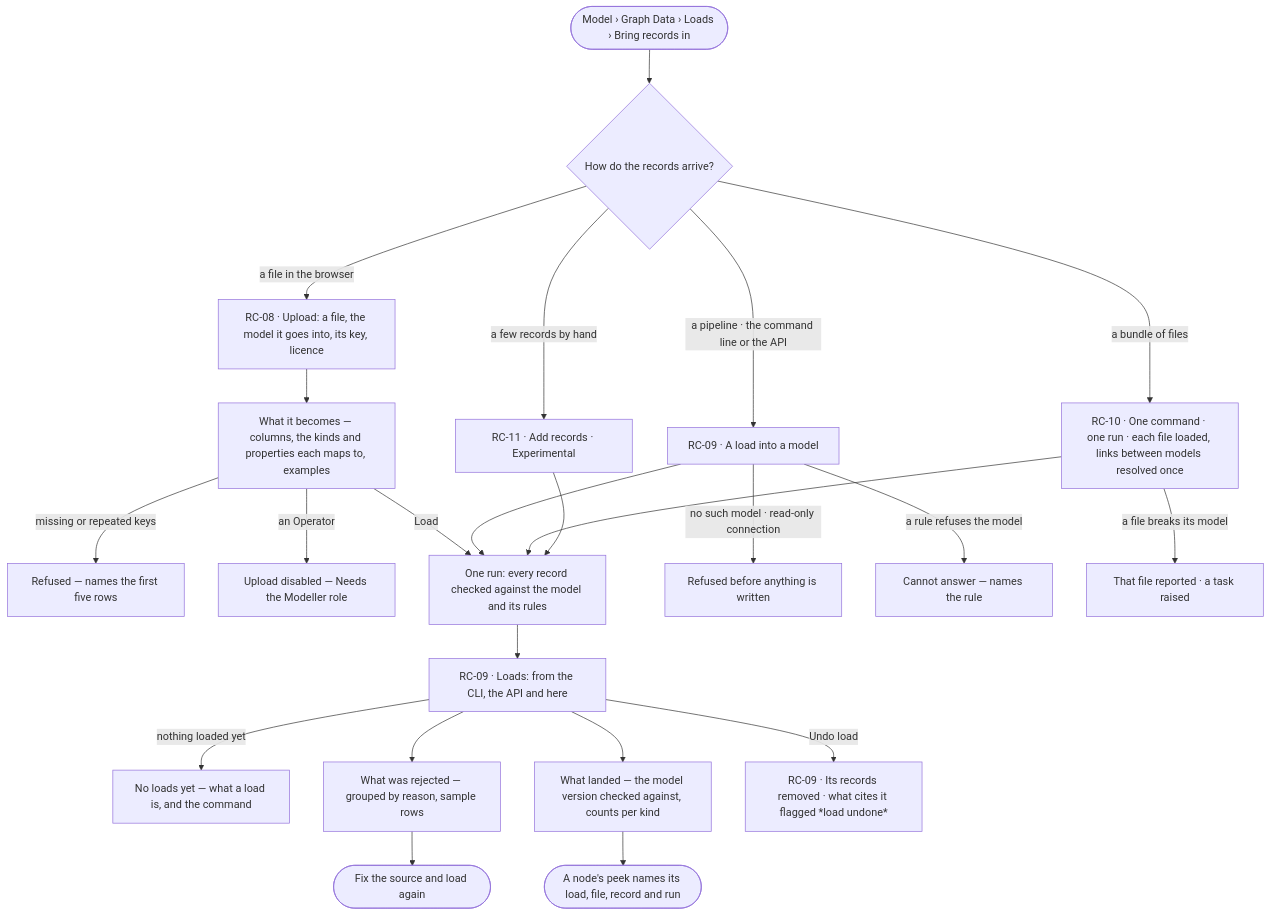
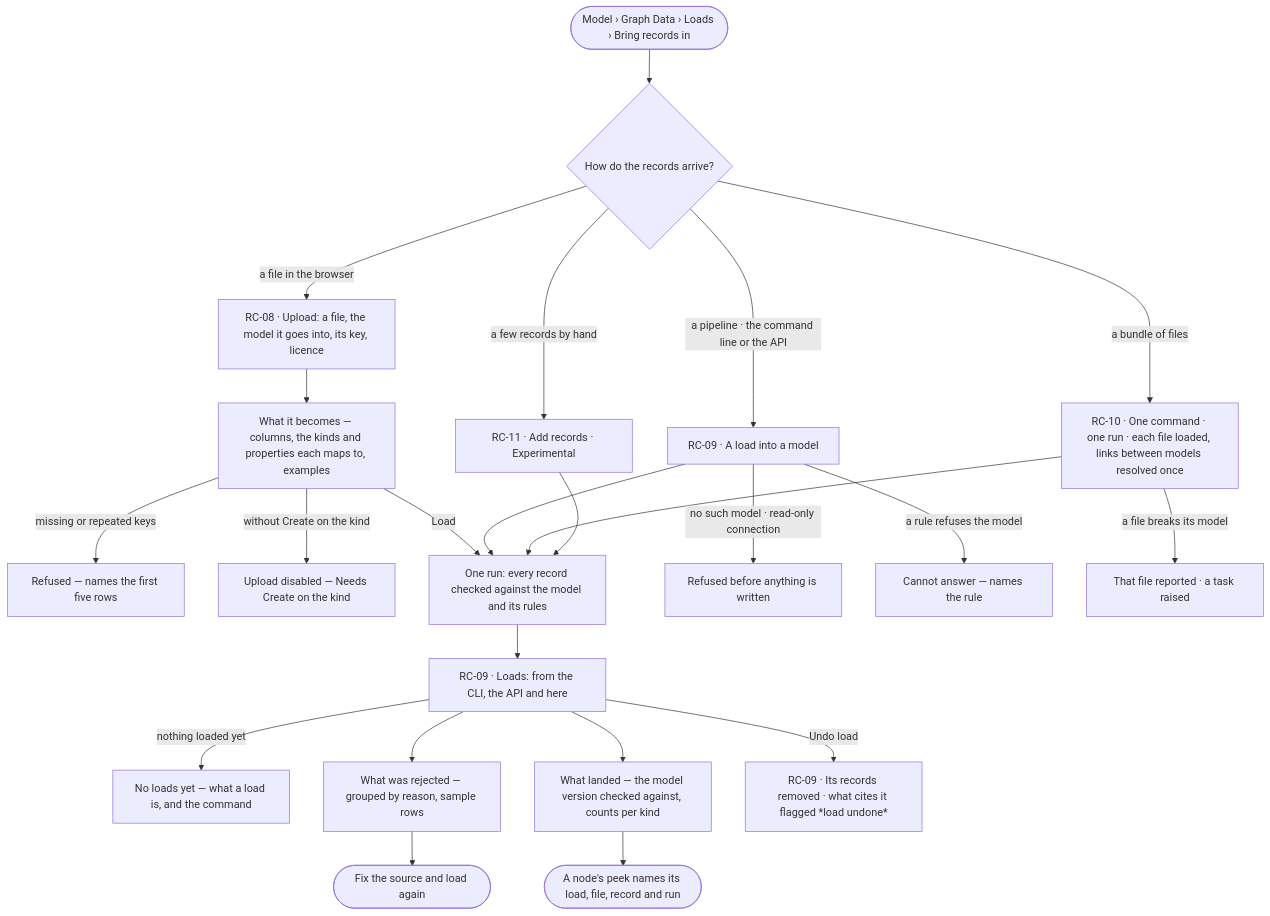
The diagram in specs/capabilities/records/features/RC-F02-bring-records-in/feature.md (invana/invana), drawn with Mermaid before and after one commit. The commit also changed other lines of this file and 236 other files, not shown here.

````diff
--- a/specs/capabilities/records/features/RC-F02-bring-records-in/feature.md
+++ b/specs/capabilities/records/features/RC-F02-bring-records-in/feature.md
@@ -25,25 +25,25 @@
 ```mermaid
 flowchart TD
   start([Model › Graph Data › Loads › Bring records in]) --> how{How do the records arrive?}
   how -->|a file in the browser| up["RC-08 · Upload: a file, the model it goes into, its key, licence"]
   up --> prev["What it becomes — columns, the kinds and properties each maps to, examples"]
   prev -->|missing or repeated keys| upx["Refused — names the first five rows"]
-  prev -->|an Operator| una["Upload disabled — Needs the Modeller role"]
+  prev -->|without Create on the kind| una["Upload disabled — Needs Create on the kind"]
   prev -->|Load| run
   how -->|a pipeline · the command line or the API| cli["RC-09 · A load into a model"]
   cli -->|no such model · read-only connection| clx["Refused before anything is written"]
   cli -->|a rule refuses the model| clr["Cannot answer — names the rule"]
   cli --> run["One run: every record checked against the model and its rules"]
   how -->|a bundle of files| bun["RC-10 · One command · one run · each file loaded, links between models resolved once"]
   bun -->|a file breaks its model| tk["That file reported · a task raised"]
   bun --> run
   how -->|a few records by hand| obs["RC-11 · Add records · Experimental"]
   obs --> run
   run --> imp["RC-09 · Loads: from the CLI, the API and here"]
   imp -->|nothing loaded yet| imp0["No loads yet — what a load is, and the command"]
   imp --> rej["What was rejected — grouped by reason, sample rows"]
   rej --> fix([Fix the source and load again])
   imp --> landed["What landed — the model version checked against, counts per kind"]
   landed --> node(["A node's peek names its load, file, record and run"])
   imp -->|Undo load| und["RC-09 · Its records removed · what cites it flagged *load undone*"]
 ```
````
